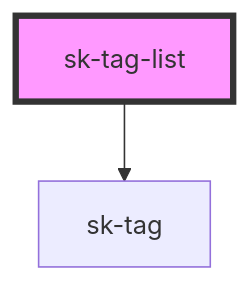
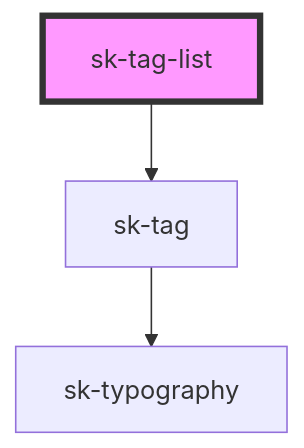
Before and after one commit to simonknittel/components: the diagram in stencil/src/components/tag-list/readme.md, drawn with Mermaid. The commit also changed 19 other files, not shown here.

````diff
--- a/stencil/src/components/tag-list/readme.md
+++ b/stencil/src/components/tag-list/readme.md
@@ -22,5 +22,6 @@
 ```mermaid
 graph TD;
   sk-tag-list --> sk-tag
+  sk-tag --> sk-typography
   style sk-tag-list fill:#f9f,stroke:#333,stroke-width:4px
 ```
````
